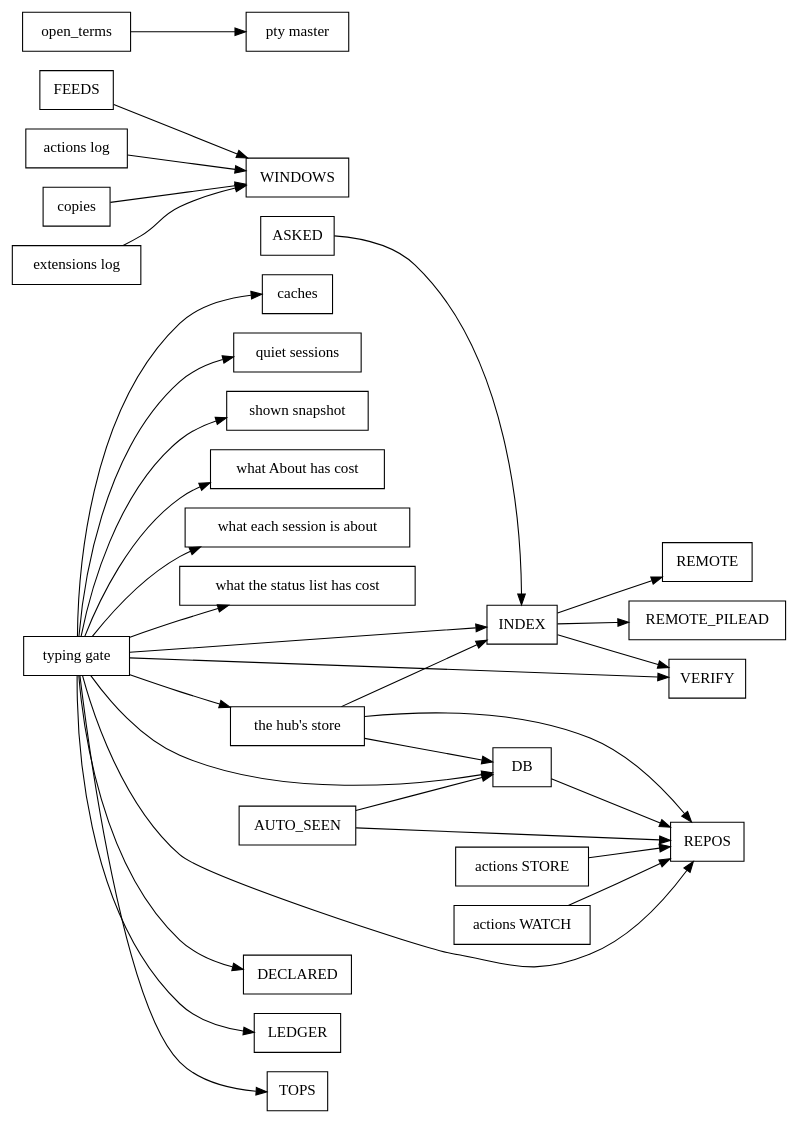
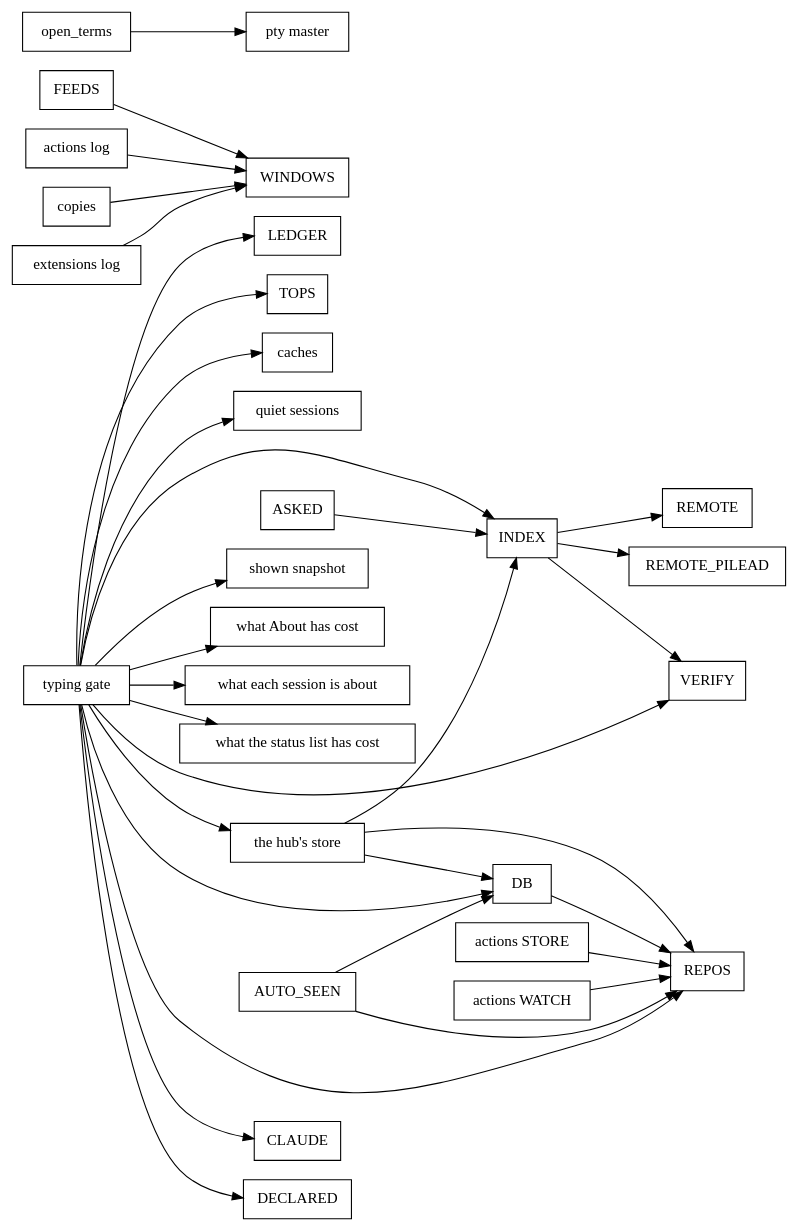
Before and after one commit to spacegrowth/cue: the diagram in docs/dev/lock-graph.dot, drawn with Graphviz. The commit also changed 8 other files, not shown here.

```diff
--- a/docs/dev/lock-graph.dot
+++ b/docs/dev/lock-graph.dot
@@ -1,36 +1,37 @@
 // Generated by `cargo run -p xtask -- inventory`; don't edit by hand.
 digraph locks {
   rankdir=LR;
   node [shape=box];
   "ASKED" -> "INDEX";
   "AUTO_SEEN" -> "DB";
   "AUTO_SEEN" -> "REPOS";
   "DB" -> "REPOS";
   "FEEDS" -> "WINDOWS";
   "INDEX" -> "REMOTE";
   "INDEX" -> "REMOTE_PILEAD";
   "INDEX" -> "VERIFY";
   "actions STORE" -> "REPOS";
   "actions WATCH" -> "REPOS";
   "actions log" -> "WINDOWS";
   "copies" -> "WINDOWS";
   "extensions log" -> "WINDOWS";
   "open_terms" -> "pty master";
   "the hub's store" -> "DB";
   "the hub's store" -> "INDEX";
   "the hub's store" -> "REPOS";
+  "typing gate" -> "CLAUDE";
   "typing gate" -> "DB";
   "typing gate" -> "DECLARED";
   "typing gate" -> "INDEX";
   "typing gate" -> "LEDGER";
   "typing gate" -> "REPOS";
   "typing gate" -> "TOPS";
   "typing gate" -> "VERIFY";
   "typing gate" -> "caches";
   "typing gate" -> "quiet sessions";
   "typing gate" -> "shown snapshot";
   "typing gate" -> "the hub's store";
   "typing gate" -> "what About has cost";
   "typing gate" -> "what each session is about";
   "typing gate" -> "what the status list has cost";
 }
```
